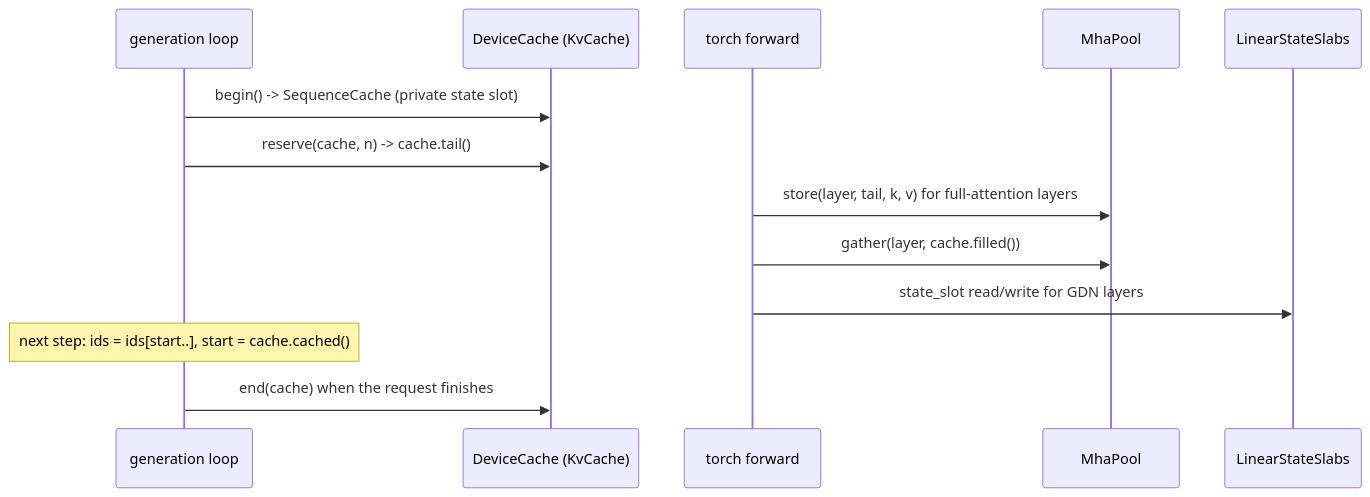
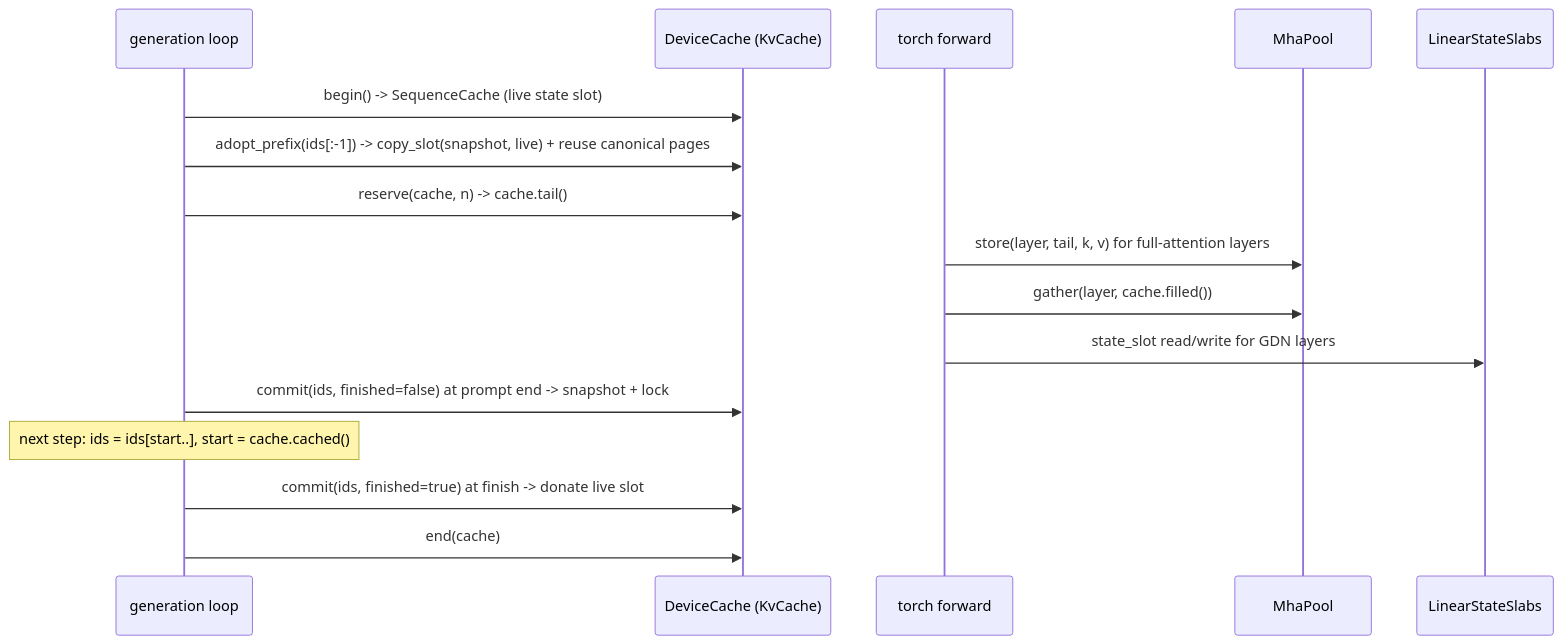
Diagram 13 of 17 in ARCHITECTURE.md (butzist/ferrum-torrens), drawn with Mermaid before and after one commit. The commit also changed other lines of this file and 7 other files, not shown here.

````diff
--- a/ARCHITECTURE.md
+++ b/ARCHITECTURE.md
@@ -524,15 +526,18 @@
 ```mermaid
 sequenceDiagram
   participant G as generation loop
   participant KV as DeviceCache (KvCache)
   participant M as torch forward
   participant P as MhaPool
   participant S as LinearStateSlabs
-  G->>KV: begin() -> SequenceCache (private state slot)
+  G->>KV: begin() -> SequenceCache (live state slot)
+  G->>KV: adopt_prefix(ids[:-1]) -> copy_slot(snapshot, live) + reuse canonical pages
   G->>KV: reserve(cache, n) -> cache.tail()
   M->>P: store(layer, tail, k, v) for full-attention layers
   M->>P: gather(layer, cache.filled())
   M->>S: state_slot read/write for GDN layers
+  G->>KV: commit(ids, finished=false) at prompt end -> snapshot + lock
   Note over G: next step: ids = ids[start..], start = cache.cached()
-  G->>KV: end(cache) when the request finishes
+  G->>KV: commit(ids, finished=true) at finish -> donate live slot
+  G->>KV: end(cache)
 ```
````
